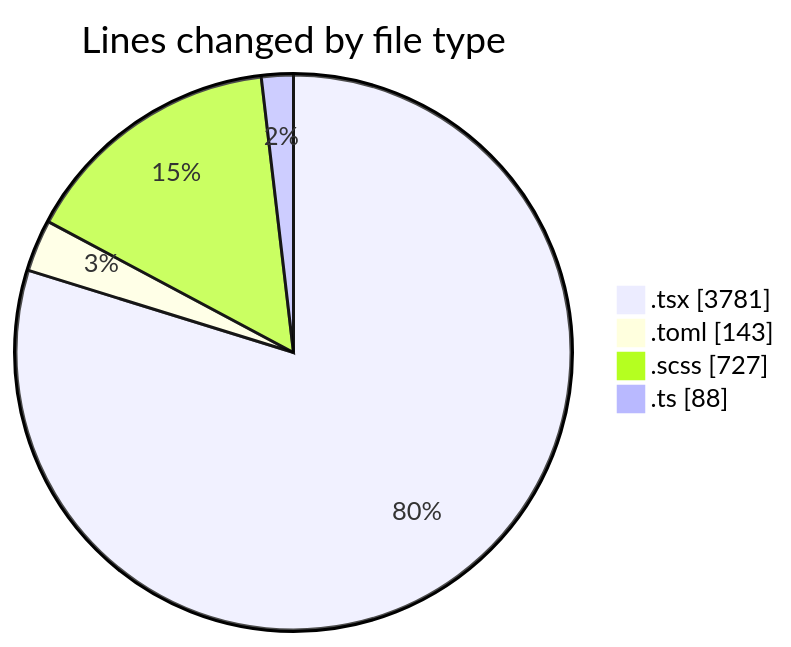
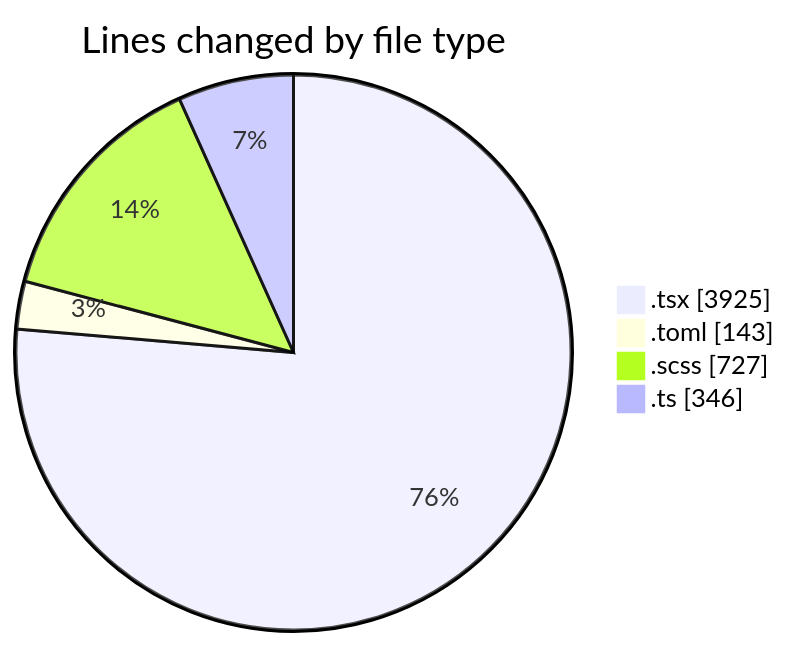
One commit to momahboobian/code-tracking changed the first of 2 diagrams in 2026-11-02/cda/README.md. Above: the diagram before and after it, drawn with Mermaid. The commit also changed other lines of this file and 1 other file, not shown here.

````diff
--- a/2026-11-02/cda/README.md
+++ b/2026-11-02/cda/README.md
@@ -51,8 +55,8 @@
 ```mermaid
 pie showData
 title Lines changed by file type
-".tsx" : 3781
+".tsx" : 3925
 ".toml" : 143
 ".scss" : 727
-".ts" : 88
+".ts" : 346
 ```
````
